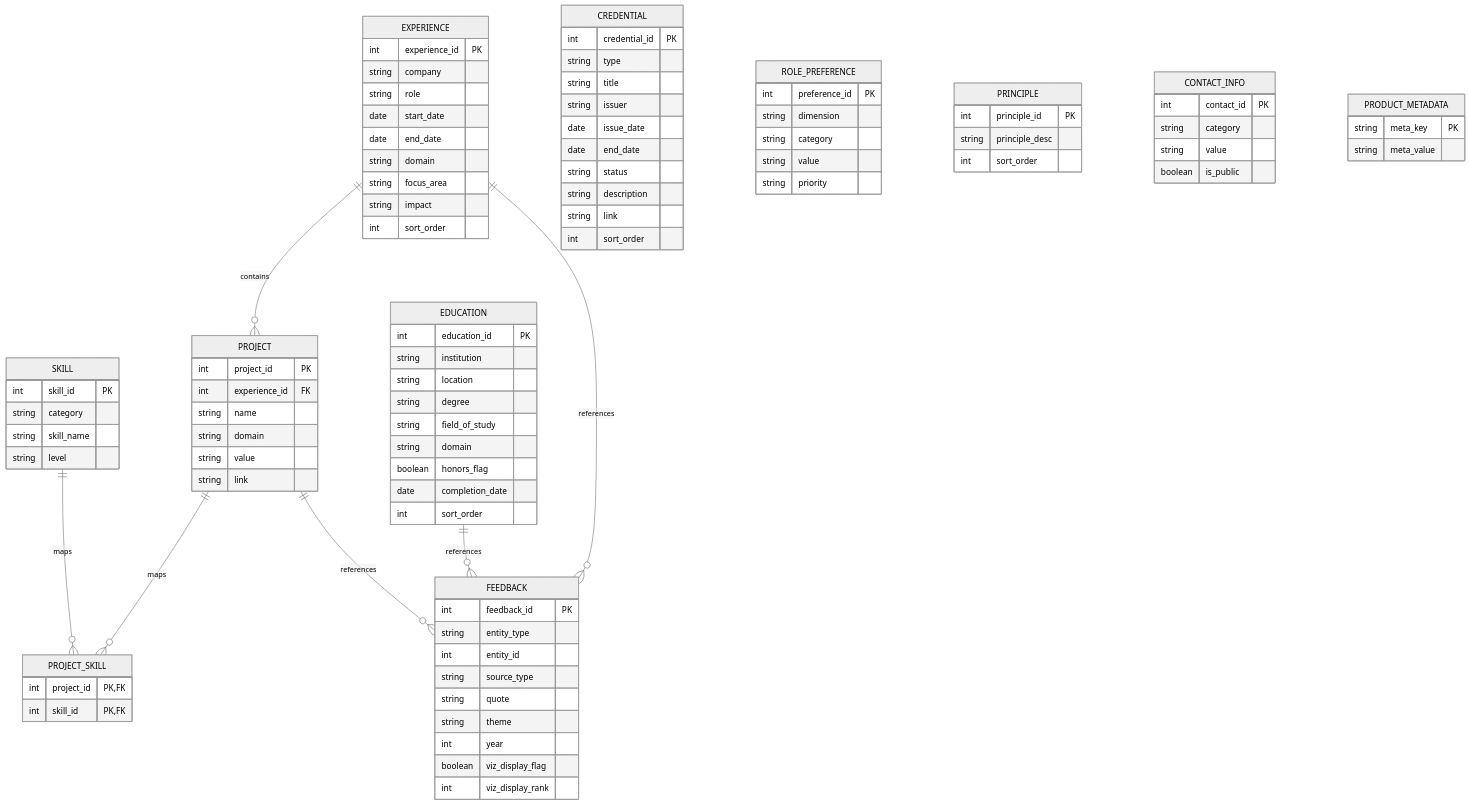
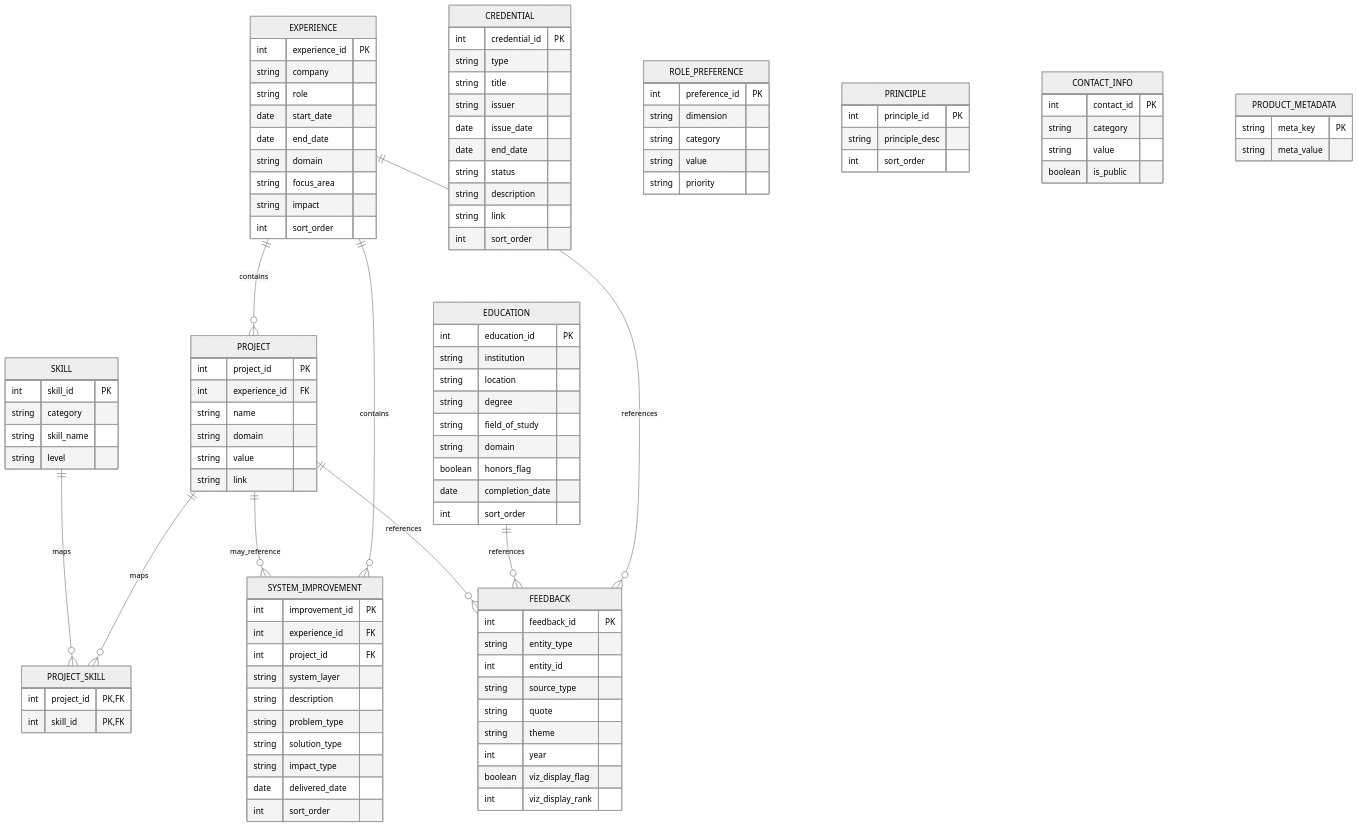
The diagram in documentation/hdp_schema.md (AnthonyIlluzzi/Human-Data-Product), drawn with Mermaid before and after one commit. The commit also changed other lines of this file, not shown here.

Commit message:
Update schema documentation to include system_improvement and analytical design principles

```diff
--- a/documentation/hdp_schema.md
+++ b/documentation/hdp_schema.md
@@ -39,6 +42,8 @@
 %%{init: {'theme':'neutral'}}%%
 erDiagram
   EXPERIENCE ||--o{ PROJECT : contains
+  EXPERIENCE ||--o{ SYSTEM_IMPROVEMENT : contains
+  PROJECT ||--o{ SYSTEM_IMPROVEMENT : may_reference
   PROJECT ||--o{ PROJECT_SKILL : maps
   SKILL ||--o{ PROJECT_SKILL : maps
 
@@ -78,6 +83,19 @@
     string  domain
     string  value
     string  link
+  }
+
+  SYSTEM_IMPROVEMENT {
+    int    improvement_id PK
+    int    experience_id FK
+    int    project_id FK
+    string system_layer
+    string description
+    string problem_type
+    string solution_type
+    string impact_type
+    date   delivered_date
+    int    sort_order
   }
 
   SKILL {
```
